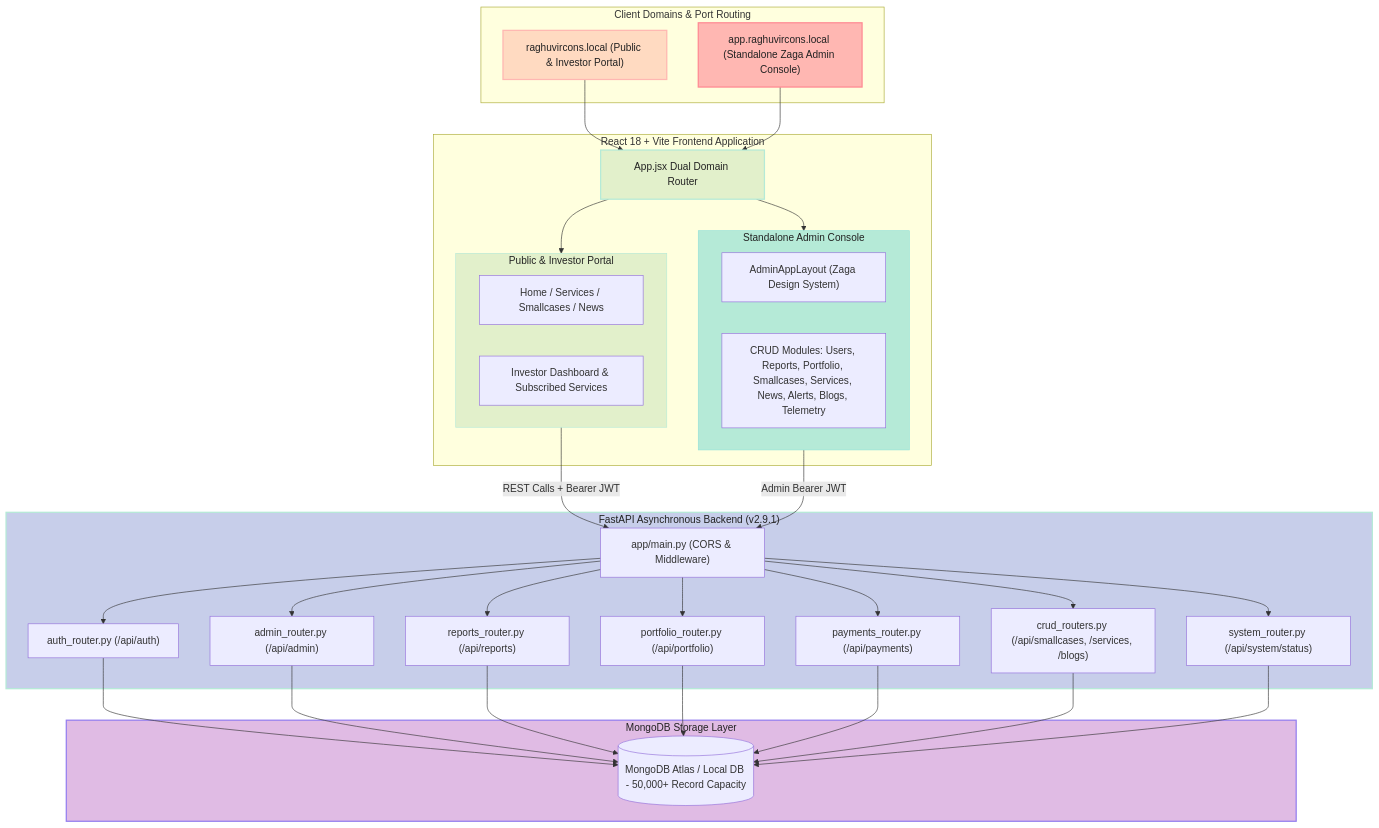
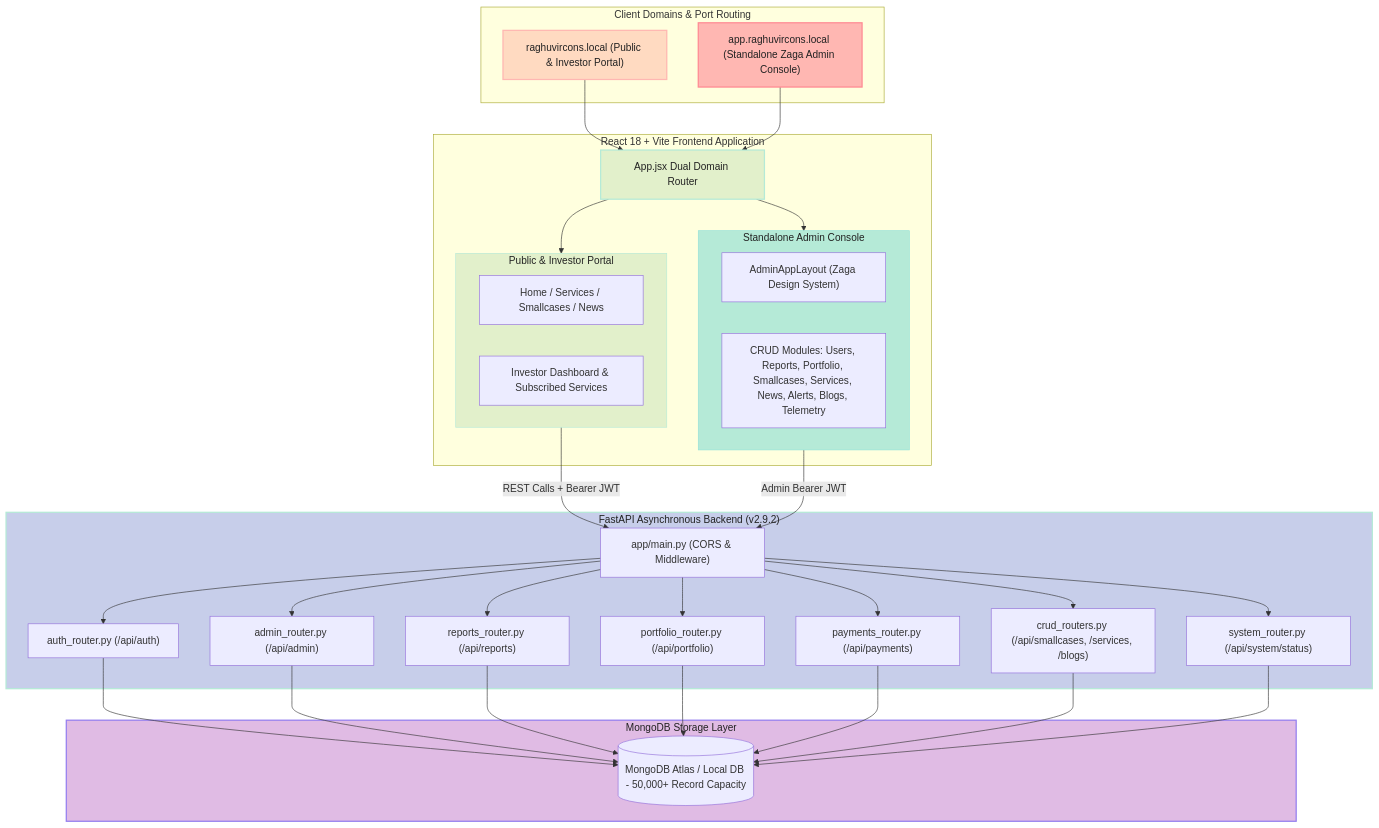
One commit to tejasrsuthar/raghuvirconsultants-site changed the first of 2 diagrams in backend/docs/ARCHITECTURE.md. Above: the diagram before and after it, drawn with Mermaid. The commit also changed other lines of this file and 7 other files, not shown here.

````diff
--- a/backend/docs/ARCHITECTURE.md
+++ b/backend/docs/ARCHITECTURE.md
@@ -14,70 +14,70 @@
 ```mermaid
 graph TD
     subgraph ClientDomains["Client Domains & Port Routing"]
         PublicDomain["raghuvircons.local (Public & Investor Portal)"]
         AdminDomain["app.raghuvircons.local (Standalone Zaga Admin Console)"]
     end
 
     subgraph ReactFrontend["React 18 + Vite Frontend Application"]
         AppRouter["App.jsx Dual Domain Router"]
         
         subgraph PublicPortal["Public & Investor Portal"]
           PublicViews["Home / Services / Smallcases / News"]
           InvestorPortal["Investor Dashboard & Subscribed Services"]
         end
 
         subgraph ZagaAdmin["Standalone Admin Console"]
           AdminLayout["AdminAppLayout (Zaga Design System)"]
           AdminModules["CRUD Modules: Users, Reports, Portfolio, Smallcases, Services, News, Alerts, Blogs, Telemetry"]
         end
       end
 
-    subgraph FastAPIServer["FastAPI Asynchronous Backend (v2.9.1)"]
+    subgraph FastAPIServer["FastAPI Asynchronous Backend (v2.9.2)"]
         API["app/main.py (CORS & Middleware)"]
         AuthRouter["auth_router.py (/api/auth)"]
         AdminRouter["admin_router.py (/api/admin)"]
         ReportsRouter["reports_router.py (/api/reports)"]
         PortfolioRouter["portfolio_router.py (/api/portfolio)"]
         PaymentsRouter["payments_router.py (/api/payments)"]
         CRUDRouters["crud_routers.py (/api/smallcases, /services, /blogs)"]
         SystemRouter["system_router.py (/api/system/status)"]
     end
 
     subgraph DataStore["MongoDB Storage Layer"]
         MongoDB[(MongoDB Atlas / Local DB - 50,000+ Record Capacity)]
     end
 
     PublicDomain --> AppRouter
     AdminDomain --> AppRouter
 
     AppRouter --> PublicPortal
     AppRouter --> ZagaAdmin
 
     PublicPortal -->|REST Calls + Bearer JWT| API
     ZagaAdmin -->|Admin Bearer JWT| API
 
     API --> AuthRouter
     API --> AdminRouter
     API --> ReportsRouter
     API --> PortfolioRouter
     API --> PaymentsRouter
     API --> CRUDRouters
     API --> SystemRouter
 
     AuthRouter --> MongoDB
     AdminRouter --> MongoDB
     ReportsRouter --> MongoDB
     PortfolioRouter --> MongoDB
     PaymentsRouter --> MongoDB
     CRUDRouters --> MongoDB
     SystemRouter --> MongoDB
 
     %% Pastel Color Palette Styling
     style PublicDomain fill:#FFDAC1,stroke:#FFB7B2,stroke-width:2px,color:#222;
     style AdminDomain fill:#FFB7B2,stroke:#FF8B94,stroke-width:2px,color:#222;
     style AppRouter fill:#E2F0CB,stroke:#B5EAD7,stroke-width:2px,color:#222;
     style PublicPortal fill:#E2F0CB,stroke:#B5EAD7,stroke-width:1px,color:#222;
     style ZagaAdmin fill:#B5EAD7,stroke:#93E1D8,stroke-width:1px,color:#222;
     style FastAPIServer fill:#C7CEEA,stroke:#B5EAD7,stroke-width:2px,color:#222;
     style DataStore fill:#E0BBE4,stroke:#957FEF,stroke-width:2px,color:#222;
 ```
````
